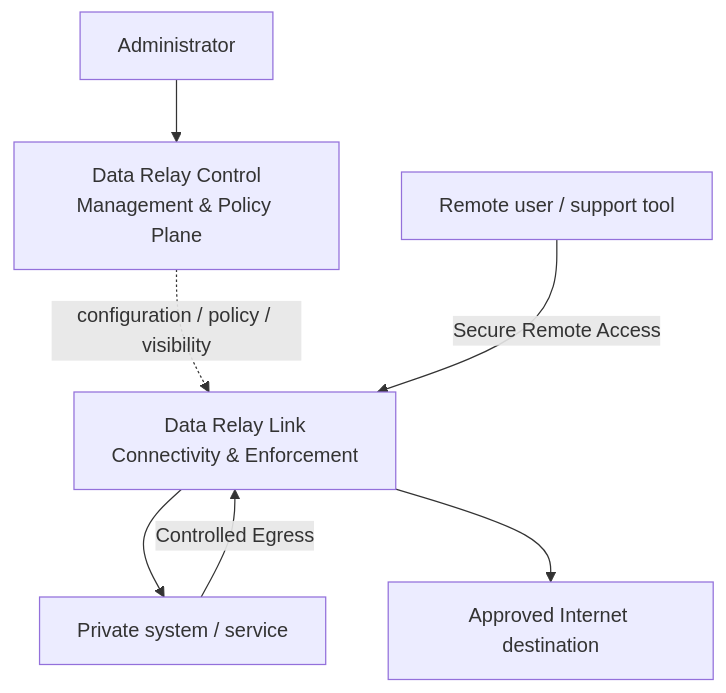
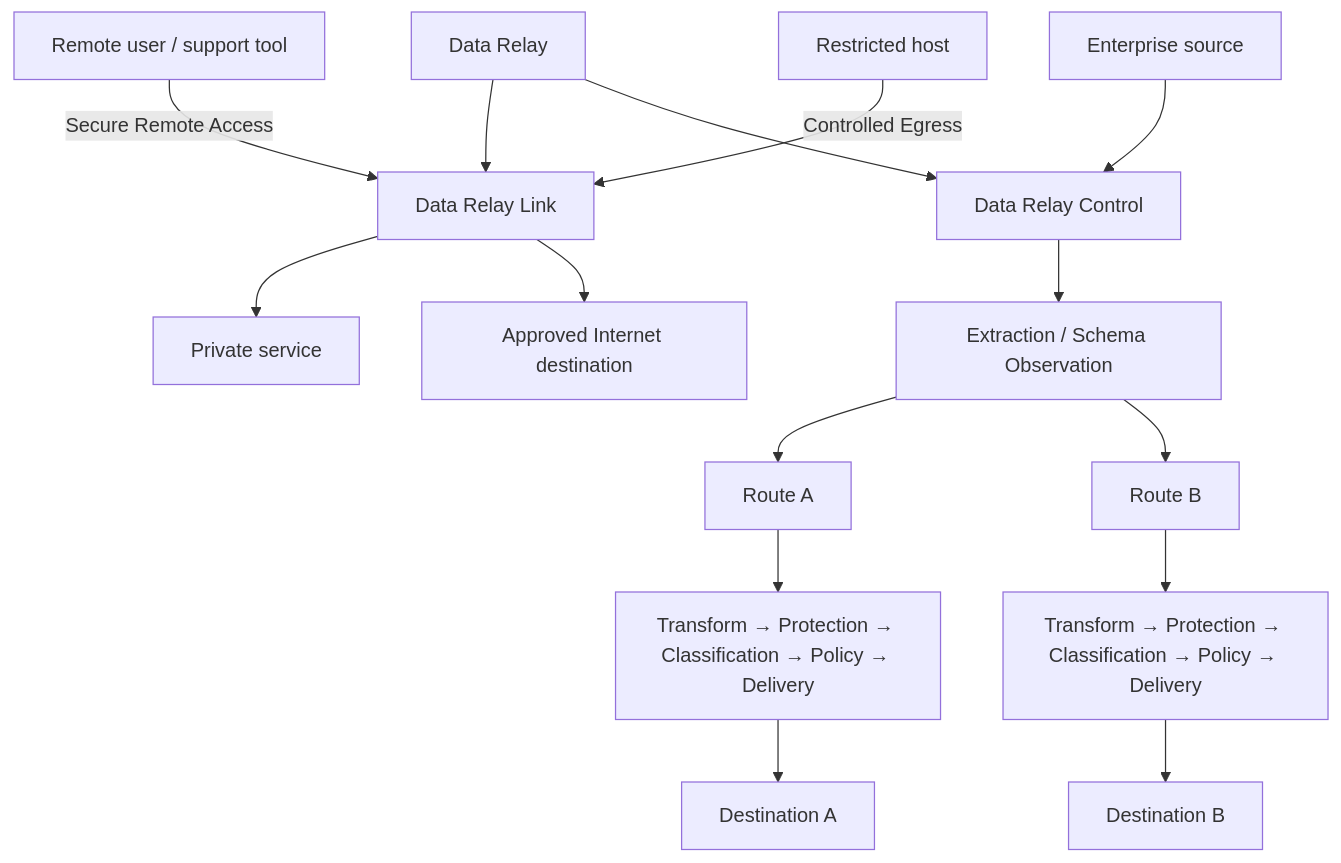
Before and after one commit to datarelay-labs/data-relay-docs: the first of 3 diagrams in platform/architecture.mdx, drawn with Mermaid. The commit also changed other lines of this file, not shown here.

Commit message:
docs: align platform architecture with current products

````diff
--- a/platform/architecture.mdx
+++ b/platform/architecture.mdx
@@ -10,16 +10,21 @@
 ```mermaid
 flowchart TB
-    A[Administrator]
-    C[Data Relay Control\nManagement & Policy Plane]
-    L[Data Relay Link\nConnectivity & Enforcement]
-    R[Remote user / support tool]
-    P[Private system / service]
-    E[Approved Internet destination]
+    DR[Data Relay]
 
-    A --> C
-    C -. configuration / policy / visibility .-> L
-    R -->|Secure Remote Access| L
-    L --> P
-    P -->|Controlled Egress| L
-    L --> E
+    DR --> L[Data Relay Link]
+    DR --> C[Data Relay Control]
+
+    RU[Remote user / support tool] -->|Secure Remote Access| L
+    RH[Restricted host] -->|Controlled Egress| L
+    L --> PS[Private service]
+    L --> AI[Approved Internet destination]
+
+    SRC[Enterprise source] --> C
+    C --> OBS[Extraction / Schema Observation]
+    OBS --> RA[Route A]
+    OBS --> RB[Route B]
+    RA --> PA[Transform → Protection → Classification → Policy → Delivery]
+    RB --> PB[Transform → Protection → Classification → Policy → Delivery]
+    PA --> DA[Destination A]
+    PB --> DB[Destination B]
 ```
````
